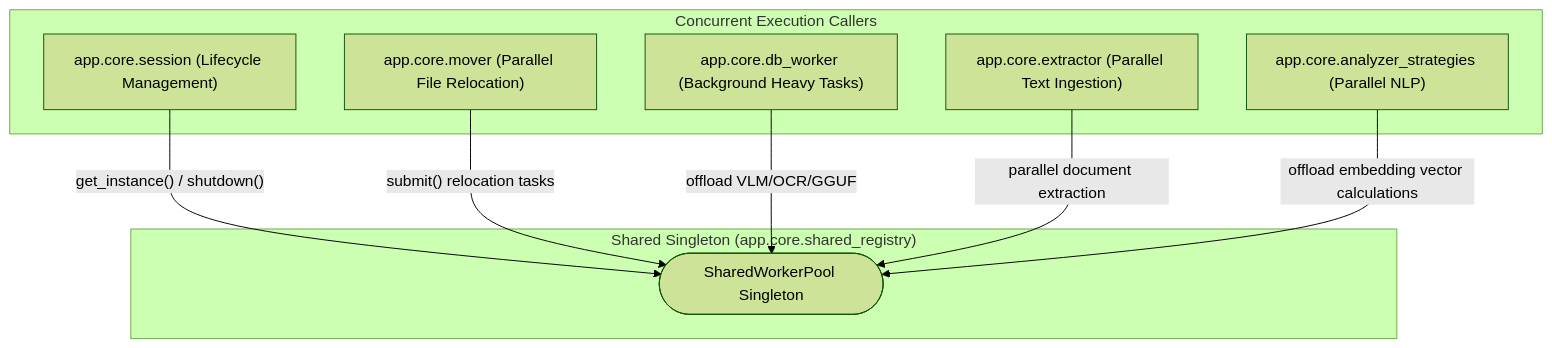
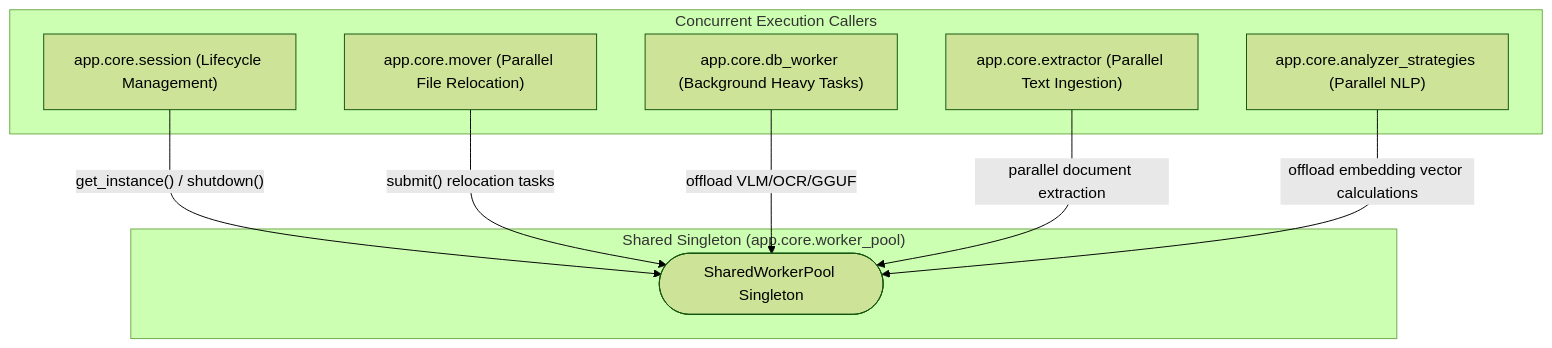
Before and after one commit to fderuiter/sortify: the diagram in docs/assets/diagrams/worker_pool_concurrency.mmd, drawn with Mermaid (forest theme). The commit also changed 13 other files, not shown here.

First line of the commit message:
refactor(core): split shared_registry into model_registry and worker_pool (#711) (#917)

```diff
--- a/docs/assets/diagrams/worker_pool_concurrency.mmd
+++ b/docs/assets/diagrams/worker_pool_concurrency.mmd
@@ -1,16 +1,16 @@
 flowchart TD
-    subgraph pool_singleton ["Shared Singleton (app.core.shared_registry)"]
+    subgraph pool_singleton ["Shared Singleton (app.core.worker_pool)"]
         shared_worker_pool(["SharedWorkerPool Singleton"])
     end
     subgraph pool_tasks ["Concurrent Execution Callers"]
         session_tasks["app.core.session (Lifecycle Management)"]
         mover_tasks["app.core.mover (Parallel File Relocation)"]
         db_worker_tasks["app.core.db_worker (Background Heavy Tasks)"]
         extractor_tasks["app.core.extractor (Parallel Text Ingestion)"]
         analyzer_tasks["app.core.analyzer_strategies (Parallel NLP)"]
     end
     session_tasks -->|"get_instance() / shutdown()"| shared_worker_pool
     mover_tasks -->|"submit() relocation tasks"| shared_worker_pool
     db_worker_tasks -->|offload VLM/OCR/GGUF| shared_worker_pool
     extractor_tasks -->|parallel document extraction| shared_worker_pool
     analyzer_tasks -->|offload embedding vector calculations| shared_worker_pool
```
